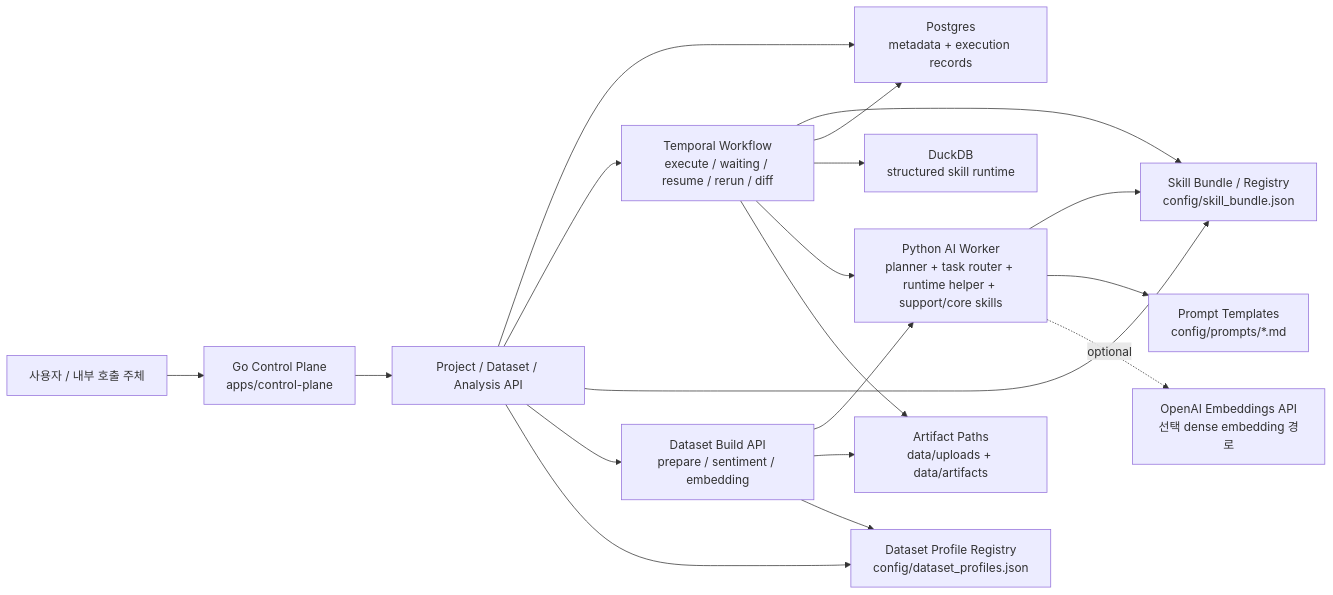
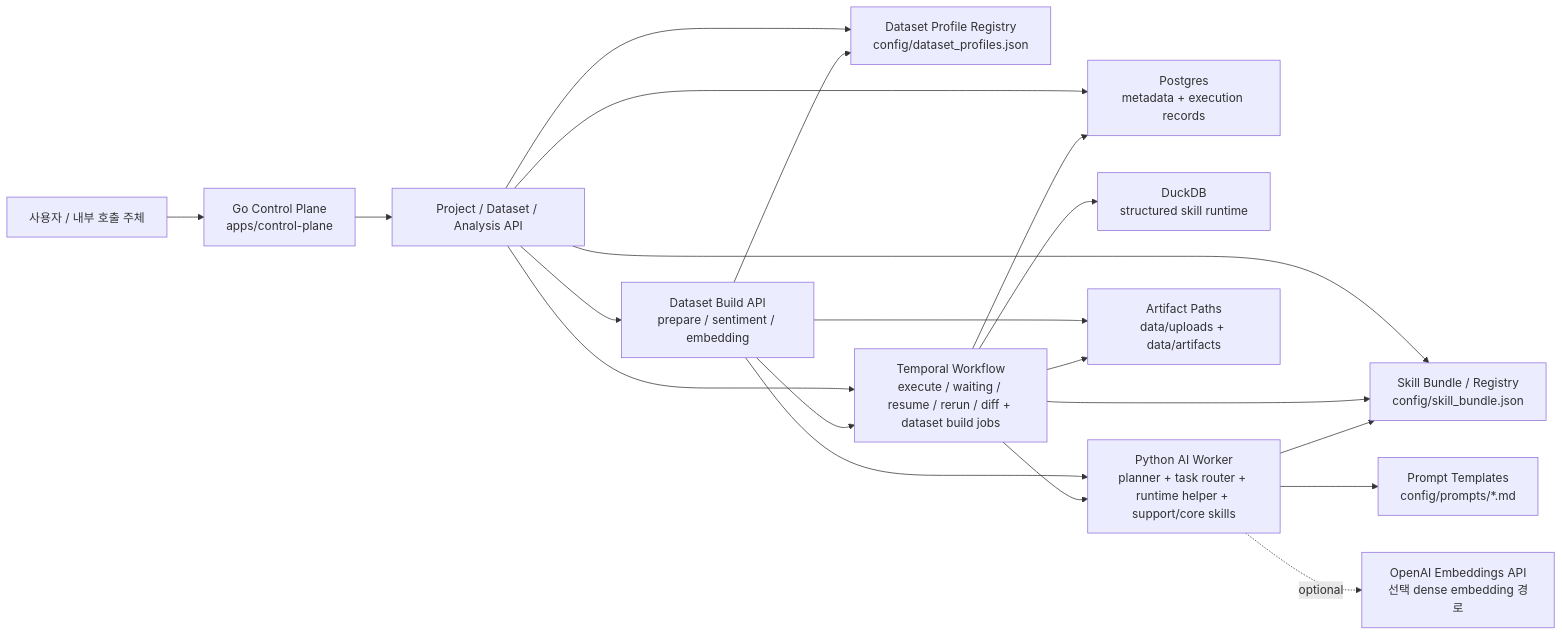
Before and after one commit to squirrelabbit/analysis-agent-platform: the diagram in docs/architecture/project_map.mmd, drawn with Mermaid. The commit also changed 15 other files, not shown here.

Commit message:
feat: 데이터셋 빌드 Temporal 이관과 자동 resume 추가

```diff
--- a/docs/architecture/project_map.mmd
+++ b/docs/architecture/project_map.mmd
@@ -1,33 +1,34 @@
 flowchart LR
     Client["사용자 / 내부 호출 주체"]
     Control["Go Control Plane\napps/control-plane"]
     API["Project / Dataset / Analysis API"]
     Build["Dataset Build API\nprepare / sentiment / embedding"]
     Profiles["Dataset Profile Registry\nconfig/dataset_profiles.json"]
-    Temporal["Temporal Workflow\nexecute / waiting / resume / rerun / diff"]
+    Temporal["Temporal Workflow\nexecute / waiting / resume / rerun / diff + dataset build jobs"]
     Registry["Skill Bundle / Registry\nconfig/skill_bundle.json"]
     PG["Postgres\nmetadata + execution records"]
     Duck["DuckDB\nstructured skill runtime"]
     Py["Python AI Worker\nplanner + task router + runtime helper + support/core skills"]
     Prompts["Prompt Templates\nconfig/prompts/*.md"]
     Artifact["Artifact Paths\ndata/uploads + data/artifacts"]
     OpenAI["OpenAI Embeddings API\n선택 dense embedding 경로"]
 
     Client --> Control
     Control --> API
     API --> PG
     API --> Temporal
     API --> Registry
     API --> Build
     API --> Profiles
     Build --> Py
     Build --> Artifact
     Build --> Profiles
+    Build --> Temporal
     Temporal --> Registry
     Temporal --> PG
     Temporal --> Duck
     Temporal --> Py
     Temporal --> Artifact
     Py --> Registry
     Py --> Prompts
     Py -. optional .-> OpenAI
```
